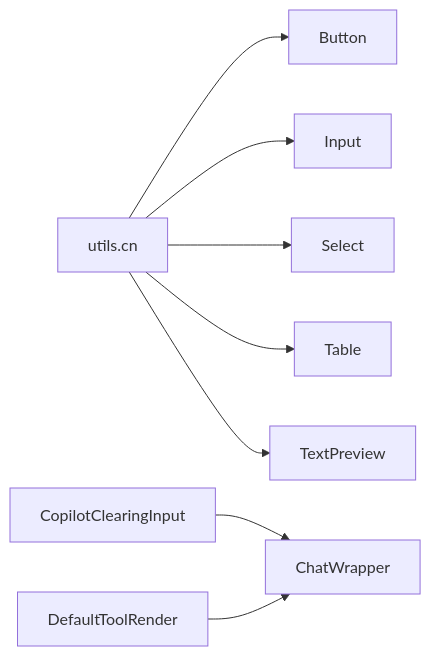
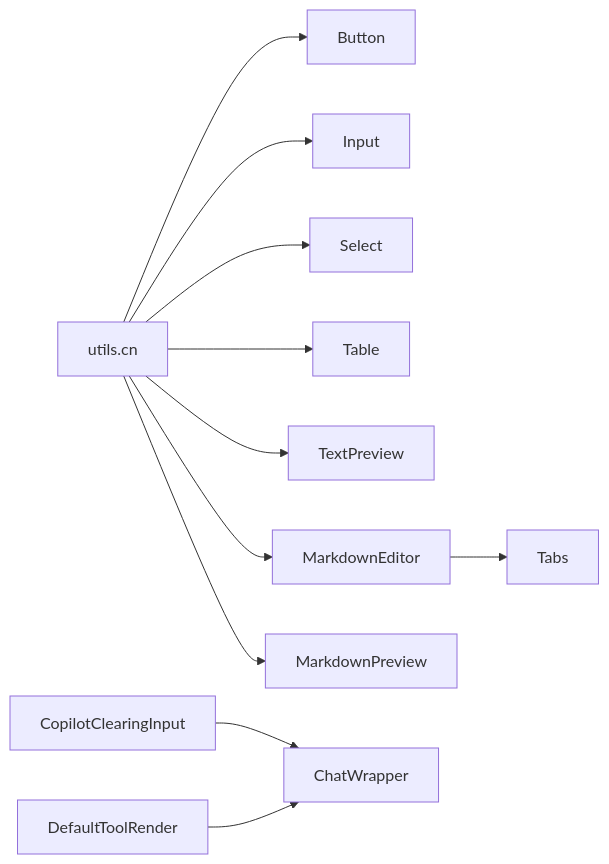
Before and after one commit to peixuanhu/goal-mate: diagram 17 of 17 in .qoder/repowiki/en/content/UI Components/UI Components.md, drawn with Mermaid. The commit also changed other lines of this file and 10 other files, not shown here.

````diff
--- a/.qoder/repowiki/en/content/UI Components/UI Components.md
+++ b/.qoder/repowiki/en/content/UI Components/UI Components.md
@@ -610,10 +777,13 @@
 ```mermaid
 graph LR
 CN["utils.cn"] --> BTN["Button"]
 CN --> INP["Input"]
 CN --> SEL["Select"]
 CN --> TAB["Table"]
 CN --> TPV["TextPreview"]
+CN --> MED["MarkdownEditor"]
+CN --> MPV["MarkdownPreview"]
 CI["CopilotClearingInput"] --> CW["ChatWrapper"]
 DTR["DefaultToolRender"] --> CW
+MED --> TBS["Tabs"]
 ```
````
